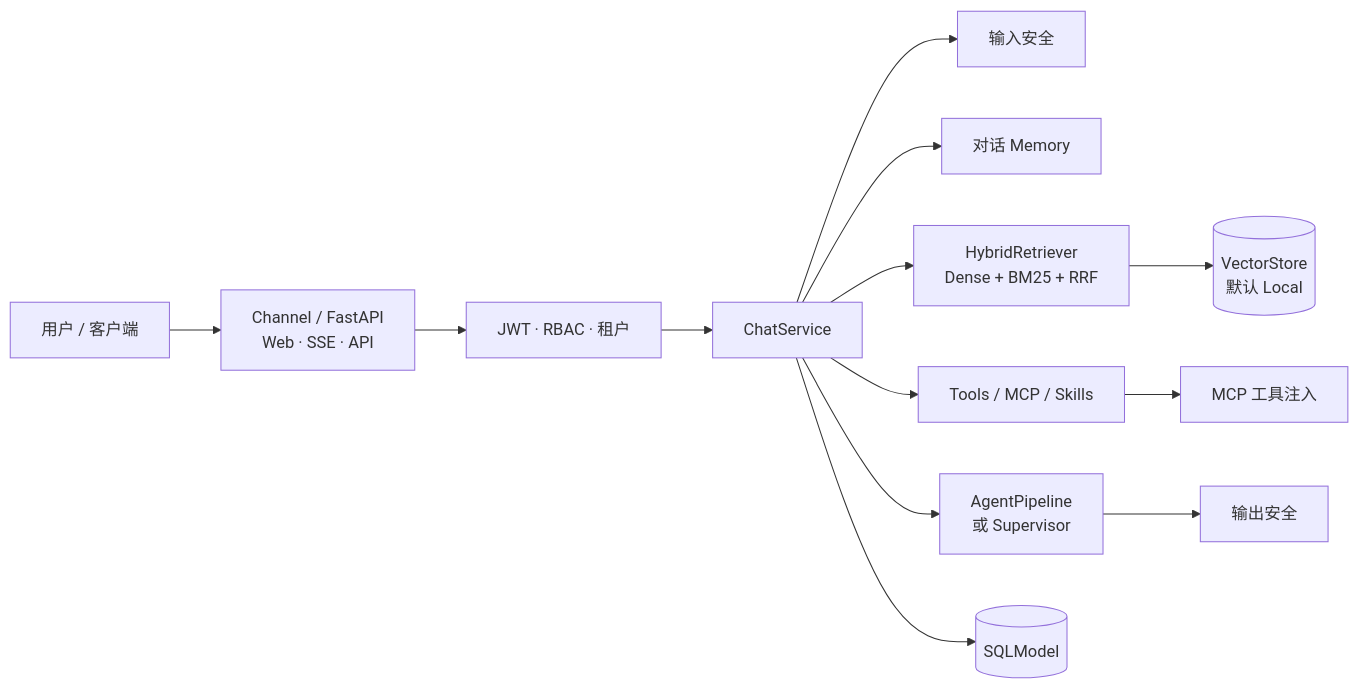
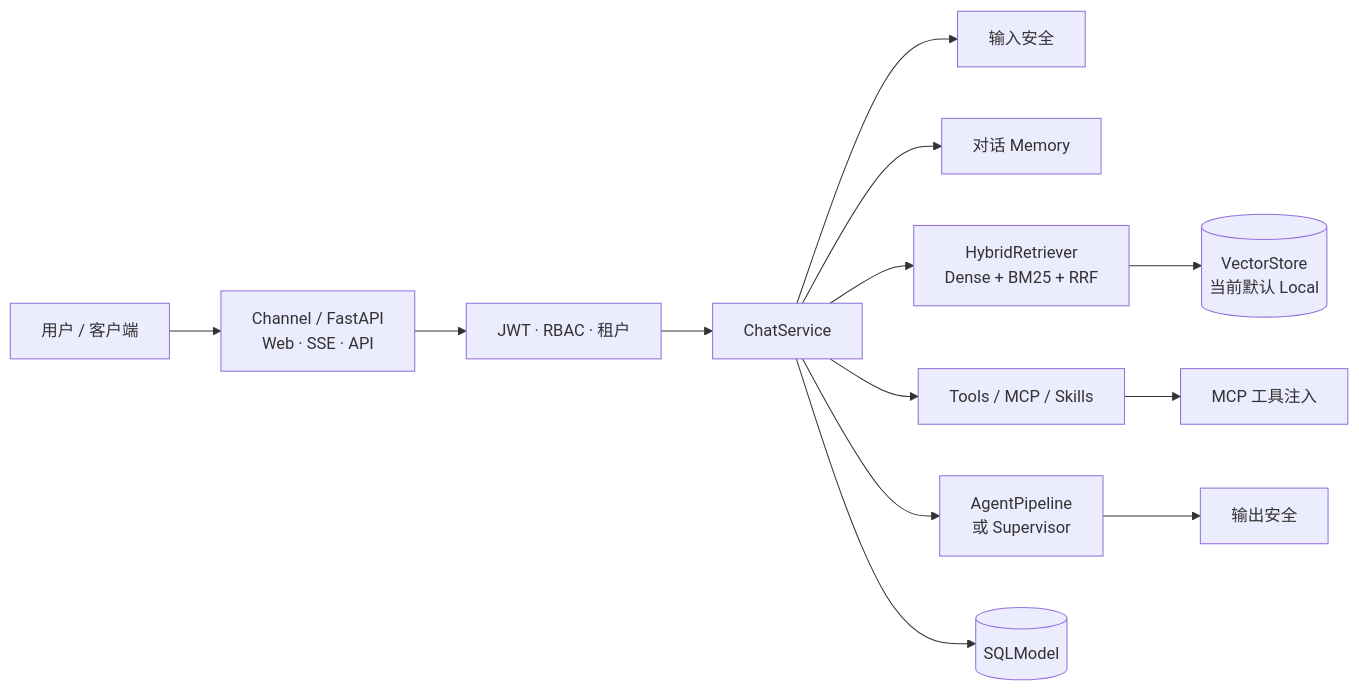
One commit to lwmjava/ai-assistant changed the first of 3 diagrams in README.md. Above: the diagram before and after it, drawn with Mermaid. The commit also changed other lines of this file and 6 other files, not shown here.

````diff
--- a/README.md
+++ b/README.md
@@ -40,15 +40,15 @@
 ```mermaid
 flowchart LR
     User[用户 / 客户端] --> Channel[Channel / FastAPI<br/>Web · SSE · API]
     Channel --> Auth[JWT · RBAC · 租户]
     Auth --> Chat[ChatService]
     Chat --> SecIn[输入安全]
     Chat --> Mem[对话 Memory]
     Chat --> RAG[HybridRetriever<br/>Dense + BM25 + RRF]
     Chat --> Tools[Tools / MCP / Skills]
     Chat --> Pipe[AgentPipeline<br/>或 Supervisor]
     Pipe --> SecOut[输出安全]
     Chat --> DB[(SQLModel)]
-    RAG --> VS[(VectorStore<br/>默认 Local)]
+    RAG --> VS[(VectorStore<br/>当前默认 Local)]
     Tools --> MCP[MCP 工具注入]
 ```
````
